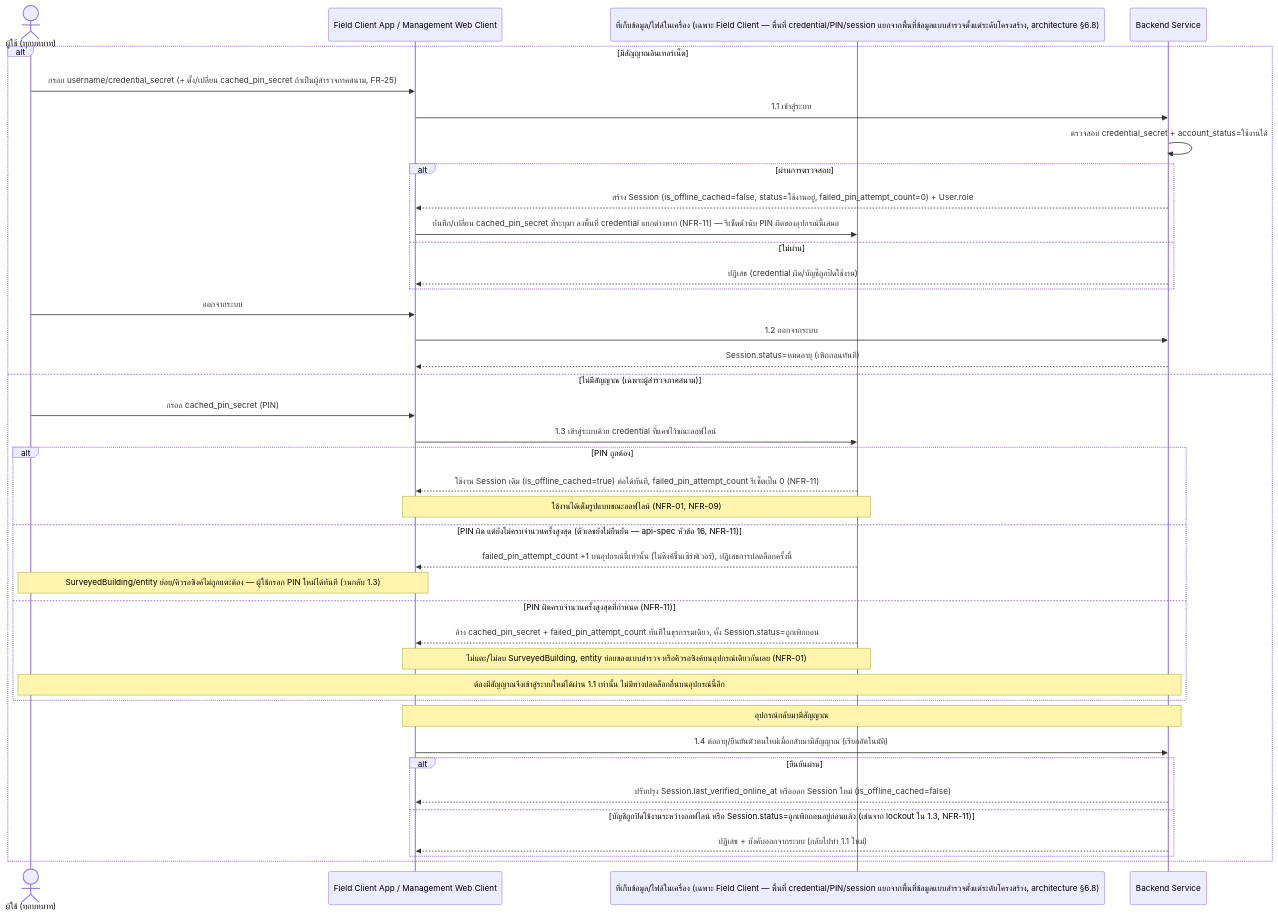
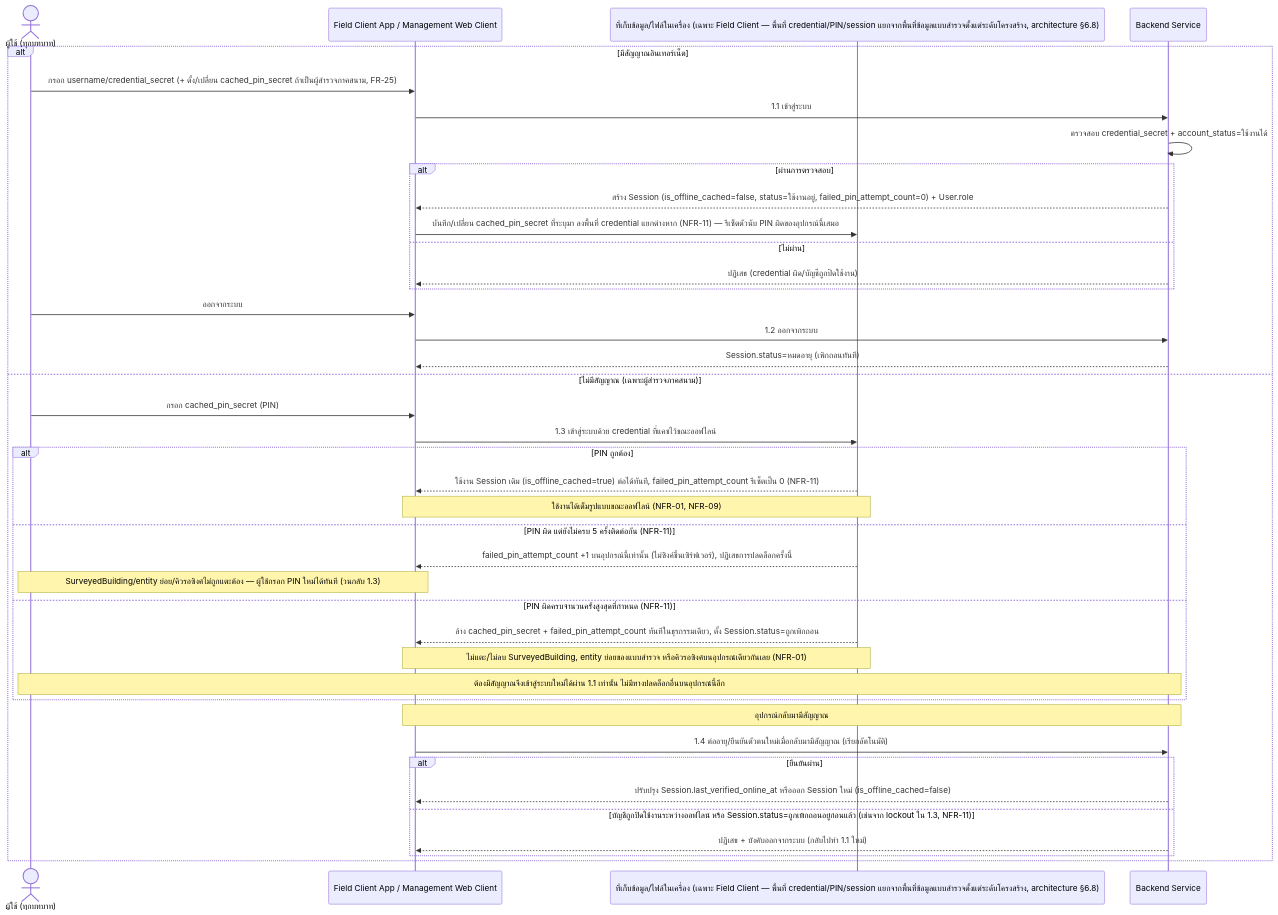
One commit to sirikorn-cmru/CrackAI-Field changed the first of 2 diagrams in docs/02-design/02-technical/detailed-design/authentication-login.md. Above: the diagram before and after it, drawn with Mermaid. The commit also changed other lines of this file and 5 other files, not shown here.

````diff
--- a/docs/02-design/02-technical/detailed-design/authentication-login.md
+++ b/docs/02-design/02-technical/detailed-design/authentication-login.md
@@ -11,43 +11,43 @@
 ```mermaid
 sequenceDiagram
     actor U as ผู้ใช้ (ทุกบทบาท)
     participant FC as Field Client App / Management Web Client
     participant Local as ที่เก็บข้อมูล/ไฟล์ในเครื่อง (เฉพาะ Field Client — พื้นที่ credential/PIN/session แยกจากพื้นที่ข้อมูลแบบสำรวจตั้งแต่ระดับโครงสร้าง, architecture §6.8)
     participant BE as Backend Service
 
     alt มีสัญญาณอินเทอร์เน็ต
         U->>FC: กรอก username/credential_secret (+ ตั้ง/เปลี่ยน cached_pin_secret ถ้าเป็นผู้สำรวจภาคสนาม, FR-25)
         FC->>BE: 1.1 เข้าสู่ระบบ
         BE->>BE: ตรวจสอบ credential_secret + account_status=ใช้งานได้
         alt ผ่านการตรวจสอบ
             BE-->>FC: สร้าง Session (is_offline_cached=false, status=ใช้งานอยู่, failed_pin_attempt_count=0) + User.role
             FC->>Local: บันทึก/เปลี่ยน cached_pin_secret ที่ระบุมา ลงพื้นที่ credential แยกต่างหาก (NFR-11) — รีเซ็ตตัวนับ PIN ผิดของอุปกรณ์นี้เสมอ
         else ไม่ผ่าน
             BE-->>FC: ปฏิเสธ (credential ผิด/บัญชีถูกปิดใช้งาน)
         end
         U->>FC: ออกจากระบบ
         FC->>BE: 1.2 ออกจากระบบ
         BE-->>FC: Session.status=หมดอายุ (เพิกถอนทันที)
     else ไม่มีสัญญาณ (เฉพาะผู้สำรวจภาคสนาม)
         U->>FC: กรอก cached_pin_secret (PIN)
         FC->>Local: 1.3 เข้าสู่ระบบด้วย credential ที่แคชไว้ขณะออฟไลน์
         alt PIN ถูกต้อง
             Local-->>FC: ใช้งาน Session เดิม (is_offline_cached=true) ต่อได้ทันที, failed_pin_attempt_count รีเซ็ตเป็น 0 (NFR-11)
             Note over FC,Local: ใช้งานได้เต็มรูปแบบขณะออฟไลน์ (NFR-01, NFR-09)
-        else PIN ผิด แต่ยังไม่ครบจำนวนครั้งสูงสุด (ตัวเลขยังไม่ยืนยัน — api-spec หัวข้อ 16, NFR-11)
+        else PIN ผิด แต่ยังไม่ครบ 5 ครั้งติดต่อกัน (NFR-11)
             Local-->>FC: failed_pin_attempt_count +1 บนอุปกรณ์นี้เท่านั้น (ไม่ซิงค์ขึ้นเซิร์ฟเวอร์), ปฏิเสธการปลดล็อกครั้งนี้
             Note over U,FC: SurveyedBuilding/entity ย่อย/คิวรอซิงค์ไม่ถูกแตะต้อง — ผู้ใช้กรอก PIN ใหม่ได้ทันที (วนกลับ 1.3)
         else PIN ผิดครบจำนวนครั้งสูงสุดที่กำหนด (NFR-11)
             Local-->>FC: ล้าง cached_pin_secret + failed_pin_attempt_count ทันทีในธุรกรรมเดียว, ตั้ง Session.status=ถูกเพิกถอน
             Note over FC,Local: ไม่แตะ/ไม่ลบ SurveyedBuilding, entity ย่อยของแบบสำรวจ หรือคิวรอซิงค์บนอุปกรณ์เดียวกันเลย (NFR-01)
             Note over U,BE: ต้องมีสัญญาณจึงเข้าสู่ระบบใหม่ได้ผ่าน 1.1 เท่านั้น ไม่มีทางปลดล็อกอื่นบนอุปกรณ์นี้อีก
         end
         Note over FC,BE: อุปกรณ์กลับมามีสัญญาณ
         FC->>BE: 1.4 ต่ออายุ/ยืนยันตัวตนใหม่เมื่อกลับมามีสัญญาณ (เรียกอัตโนมัติ)
         alt ยืนยันผ่าน
             BE-->>FC: ปรับปรุง Session.last_verified_online_at หรือออก Session ใหม่ (is_offline_cached=false)
         else บัญชีถูกปิดใช้งานระหว่างออฟไลน์ หรือ Session.status=ถูกเพิกถอนอยู่ก่อนแล้ว (เช่นจาก lockout ใน 1.3, NFR-11)
             BE-->>FC: ปฏิเสธ + บังคับออกจากระบบ (กลับไปทำ 1.1 ใหม่)
         end
     end
 ```
````
